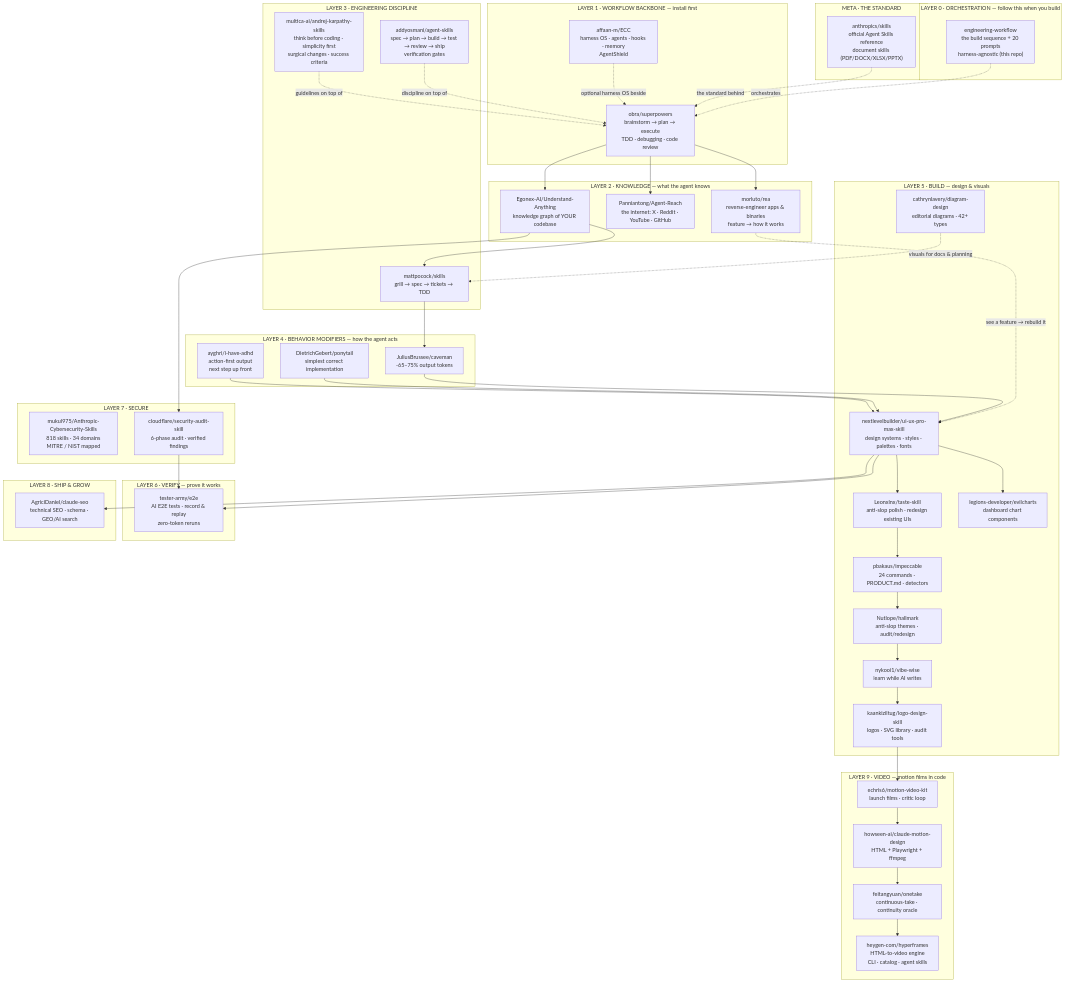
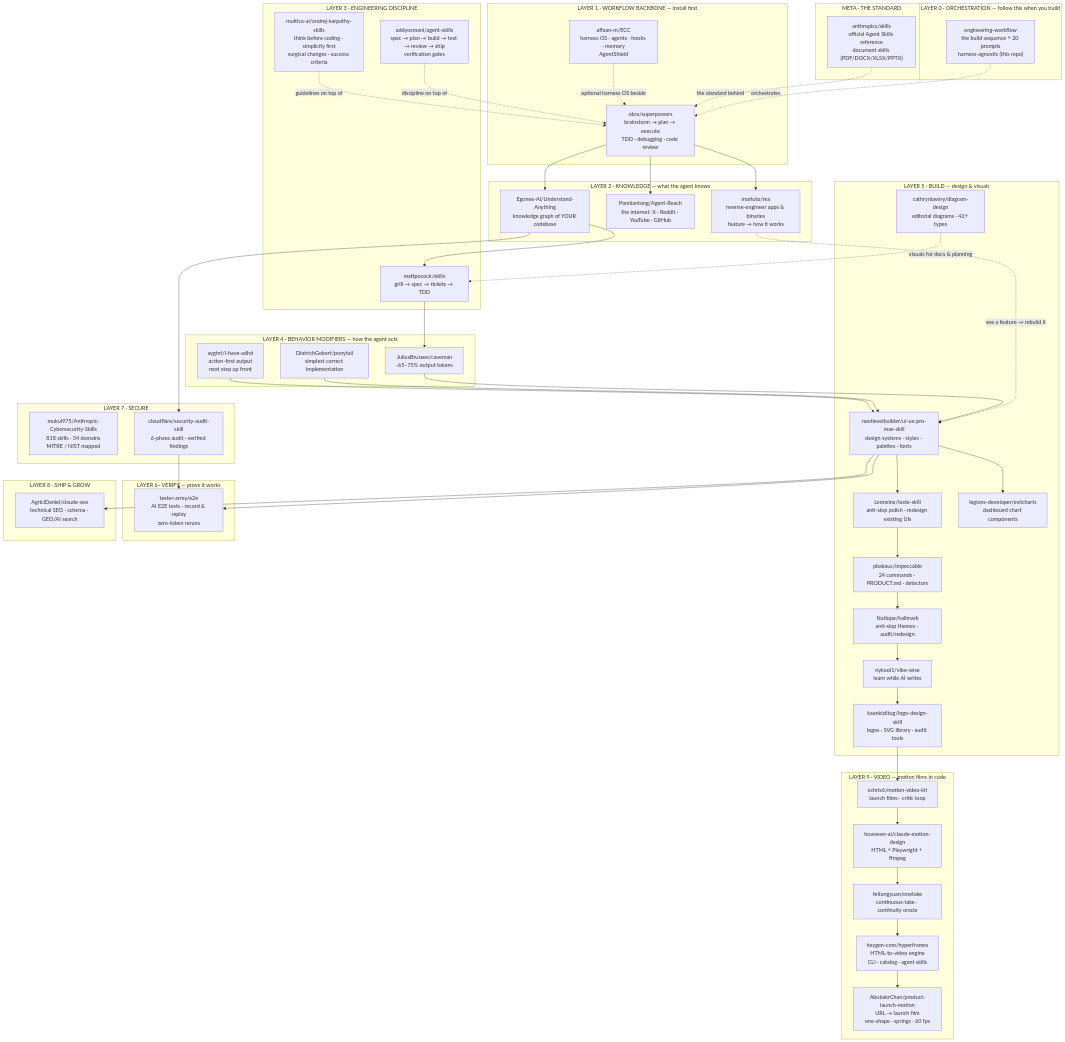
Before and after one commit to aaronjoseph94/aarons-skill-stack: the diagram in README.md, drawn with Mermaid. The commit also changed other lines of this file and 3 other files, not shown here.

First line of the commit message:
Add AbubakrChan/product-launch-motion as skill #29.

```diff
--- a/README.md
+++ b/README.md
@@ -121,6 +122,7 @@
         MD["howseen-ai/claude-motion-design<br/>HTML + Playwright + ffmpeg"]
         OT["feitangyuan/onetake<br/>continuous-take · continuity oracle"]
         HF["heygen-com/hyperframes<br/>HTML-to-video engine<br/>CLI · catalog · agent skills"]
+        PL["AbubakrChan/product-launch-motion<br/>URL → launch film<br/>one-shape · springs · 60 fps"]
     end
 
     EW -. orchestrates .-> SP
@@ -147,6 +149,7 @@
     MV --> MD
     MD --> OT
     OT --> HF
+    HF --> PL
     UX --> E2E
     DD -. visuals for docs & planning .-> MP
     UA --> CA
```
